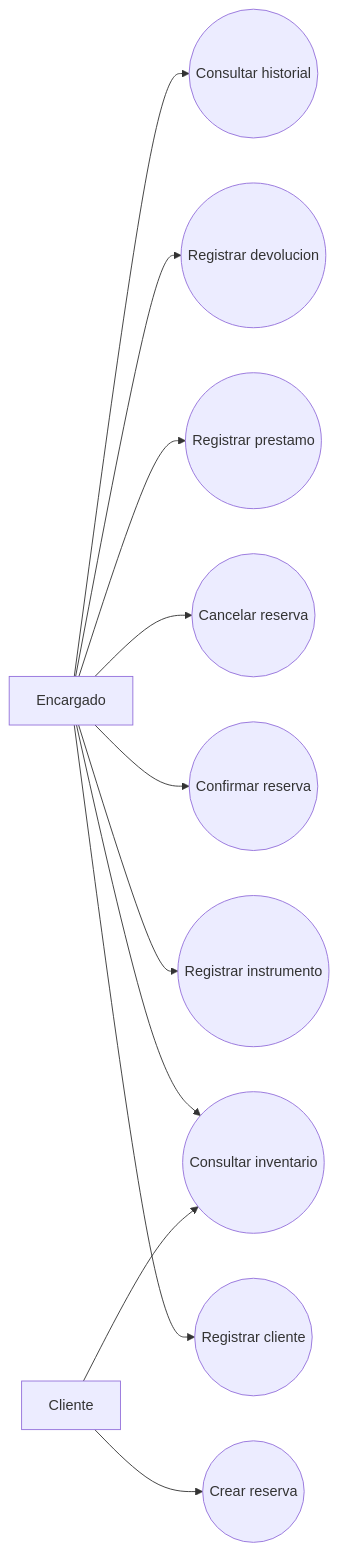
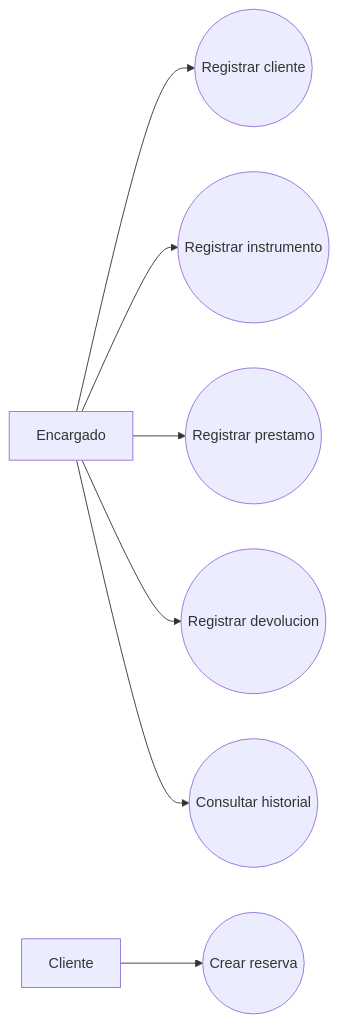
Before and after one commit to HectorARiascosI/musical-rent-api: the second of 10 diagrams in PLAN_PROYECTO.md, drawn with Mermaid. The commit also changed other lines of this file, not shown here.

````diff
--- a/PLAN_PROYECTO.md
+++ b/PLAN_PROYECTO.md
@@ -1903,25 +741,17 @@
 ```mermaid
 flowchart LR
-  E[Encargado]
-  C[Cliente]
-  R((Registrar cliente))
-  I((Registrar instrumento))
-  V((Consultar inventario))
-  S((Crear reserva))
-  F((Confirmar reserva))
-  X((Cancelar reserva))
-  P((Registrar prestamo))
-  D((Registrar devolucion))
-  H((Consultar historial))
-
-  E --> R
-  E --> I
-  E --> V
-  E --> F
-  E --> X
-  E --> P
-  E --> D
-  E --> H
-  C --> S
-  C --> V
+    E[Encargado]
+    C[Cliente]
+    R((Registrar cliente))
+    I((Registrar instrumento))
+    S((Crear reserva))
+    P((Registrar prestamo))
+    D((Registrar devolucion))
+    H((Consultar historial))
+    E --> R
+    E --> I
+    E --> P
+    E --> D
+    E --> H
+    C --> S
 ```
````
